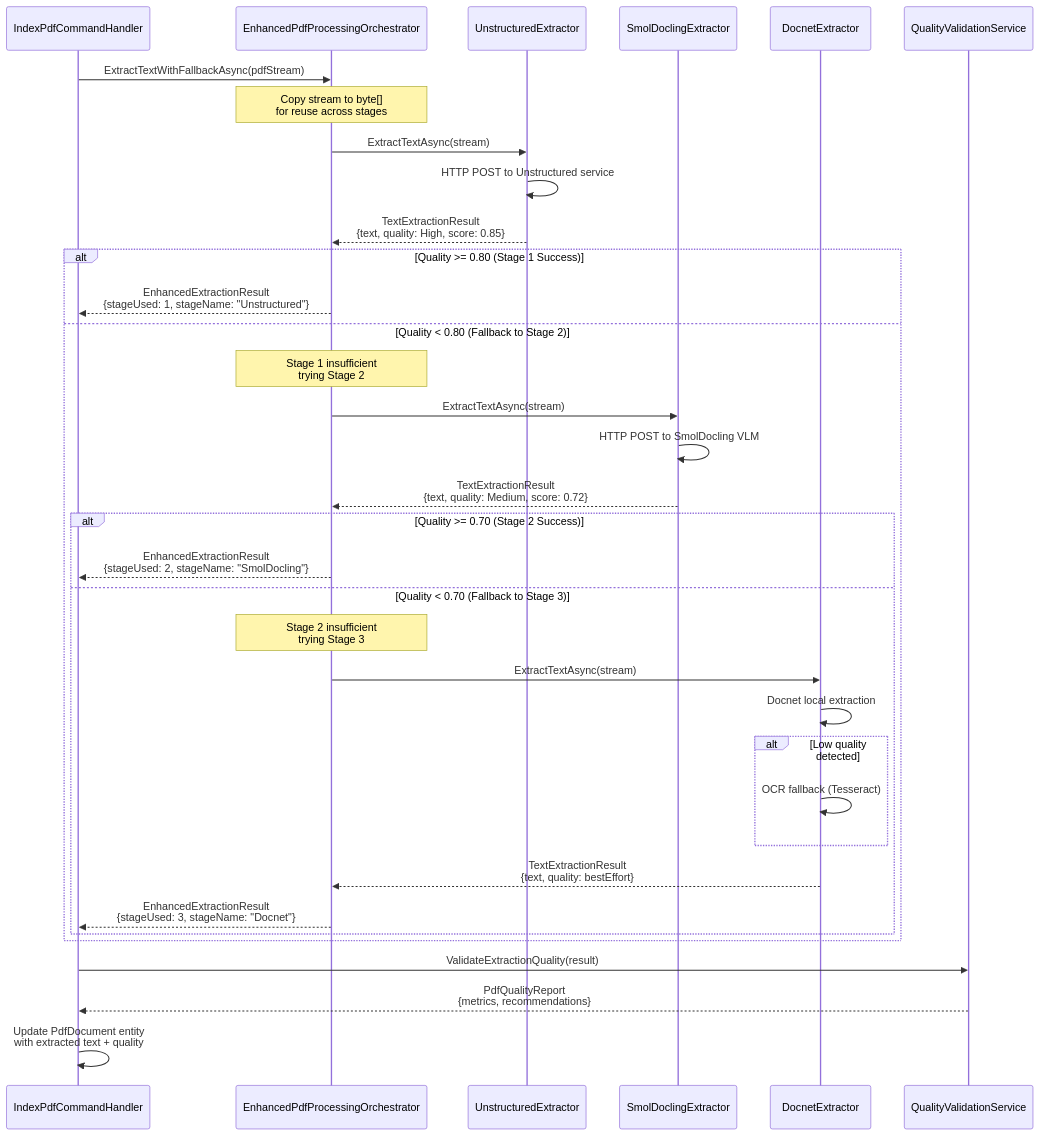
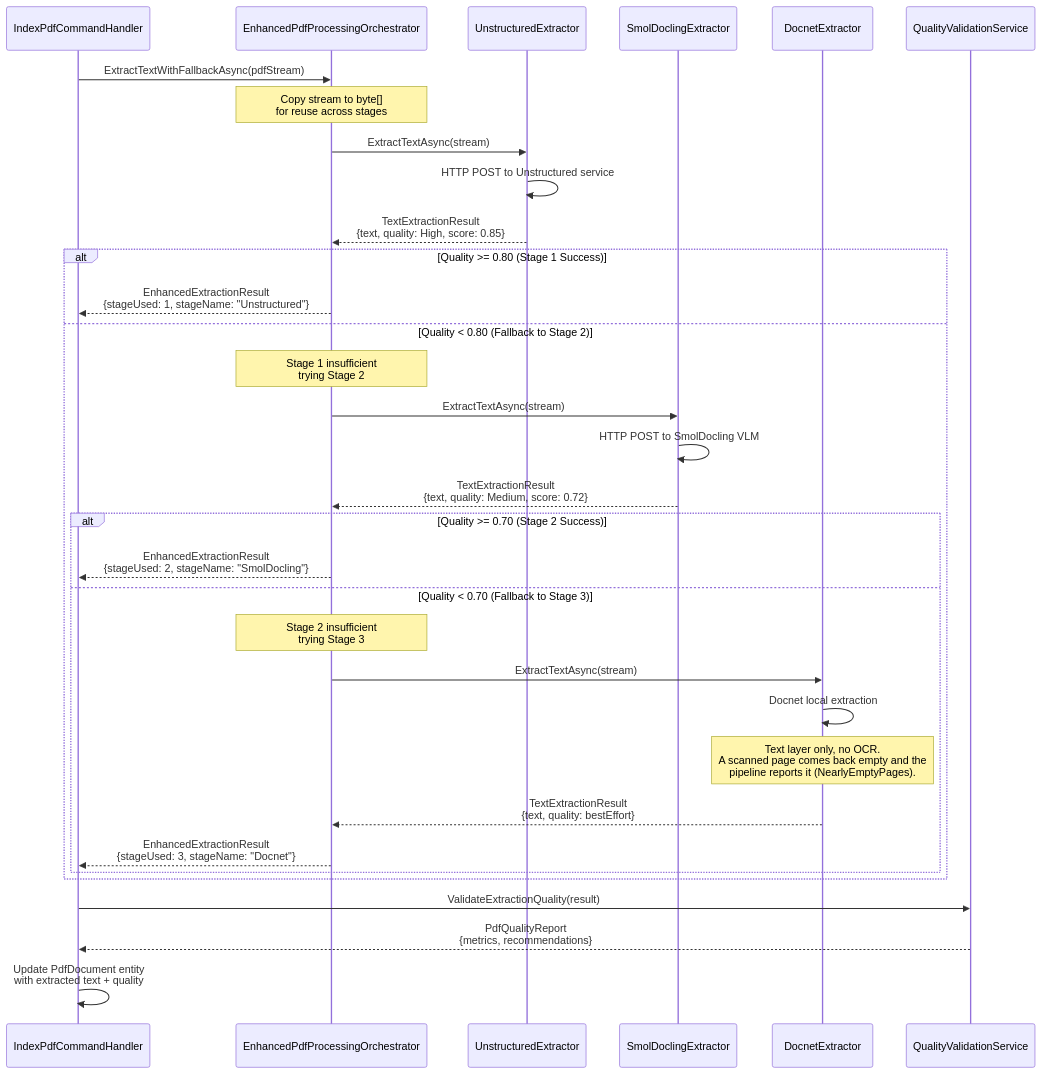
Before and after one commit to meepleAi-app/meepleai-monorepo: the fifth of 9 diagrams in docs/for-claude/architecture/diagrams/bounded-contexts-interactions.md, drawn with Mermaid. The commit also changed other lines of this file and 24 other files, not shown here.

````diff
--- a/docs/for-claude/architecture/diagrams/bounded-contexts-interactions.md
+++ b/docs/for-claude/architecture/diagrams/bounded-contexts-interactions.md
@@ -340,50 +340,48 @@
 ```mermaid
 sequenceDiagram
     participant Handler as IndexPdfCommandHandler
     participant Orch as EnhancedPdfProcessingOrchestrator
     participant Stage1 as UnstructuredExtractor
     participant Stage2 as SmolDoclingExtractor
     participant Stage3 as DocnetExtractor
     participant Quality as QualityValidationService
 
     Handler->>Orch: ExtractTextWithFallbackAsync(pdfStream)
 
     Note over Orch: Copy stream to byte[]<br/>for reuse across stages
 
     Orch->>Stage1: ExtractTextAsync(stream)
     Stage1->>Stage1: HTTP POST to Unstructured service
     Stage1-->>Orch: TextExtractionResult<br/>{text, quality: High, score: 0.85}
 
     alt Quality >= 0.80 (Stage 1 Success)
         Orch-->>Handler: EnhancedExtractionResult<br/>{stageUsed: 1, stageName: "Unstructured"}
 
     else Quality < 0.80 (Fallback to Stage 2)
         Note over Orch: Stage 1 insufficient<br/>trying Stage 2
 
         Orch->>Stage2: ExtractTextAsync(stream)
         Stage2->>Stage2: HTTP POST to SmolDocling VLM
         Stage2-->>Orch: TextExtractionResult<br/>{text, quality: Medium, score: 0.72}
 
         alt Quality >= 0.70 (Stage 2 Success)
             Orch-->>Handler: EnhancedExtractionResult<br/>{stageUsed: 2, stageName: "SmolDocling"}
 
         else Quality < 0.70 (Fallback to Stage 3)
             Note over Orch: Stage 2 insufficient<br/>trying Stage 3
 
             Orch->>Stage3: ExtractTextAsync(stream)
             Stage3->>Stage3: Docnet local extraction
 
-            alt Low quality detected
-                Stage3->>Stage3: OCR fallback (Tesseract)
-            end
+            Note over Stage3: Text layer only, no OCR.<br/>A scanned page comes back empty and the<br/>pipeline reports it (NearlyEmptyPages).
 
             Stage3-->>Orch: TextExtractionResult<br/>{text, quality: bestEffort}
             Orch-->>Handler: EnhancedExtractionResult<br/>{stageUsed: 3, stageName: "Docnet"}
         end
     end
 
     Handler->>Quality: ValidateExtractionQuality(result)
     Quality-->>Handler: PdfQualityReport<br/>{metrics, recommendations}
 
     Handler->>Handler: Update PdfDocument entity<br/>with extracted text + quality
 ```
````
